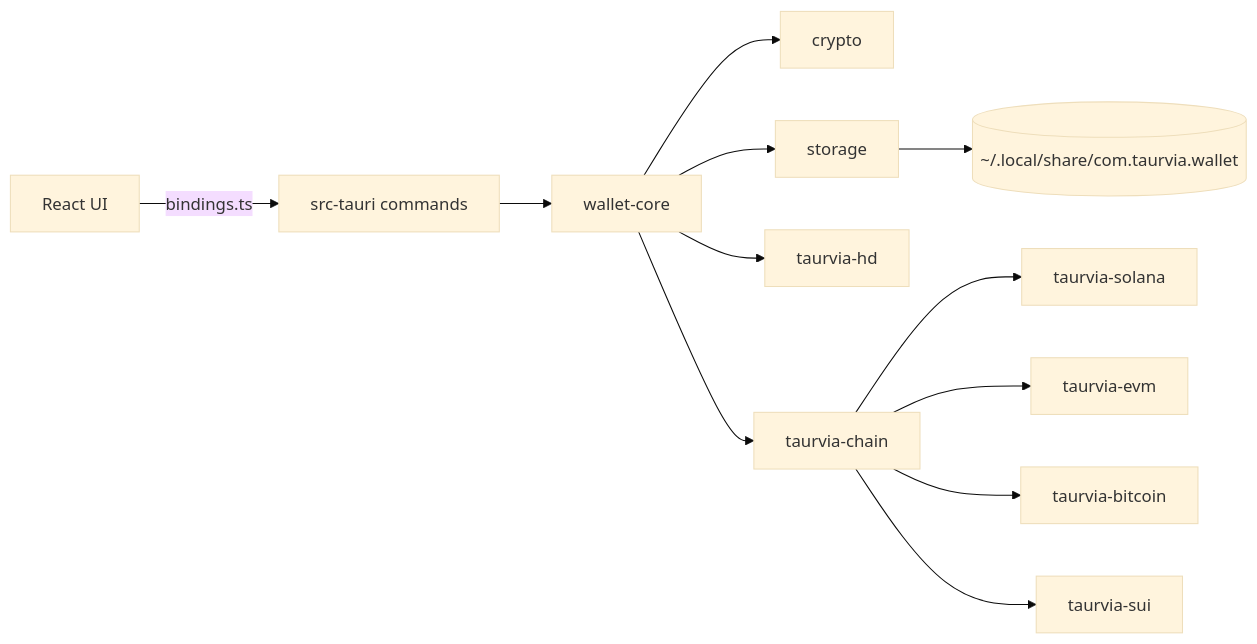
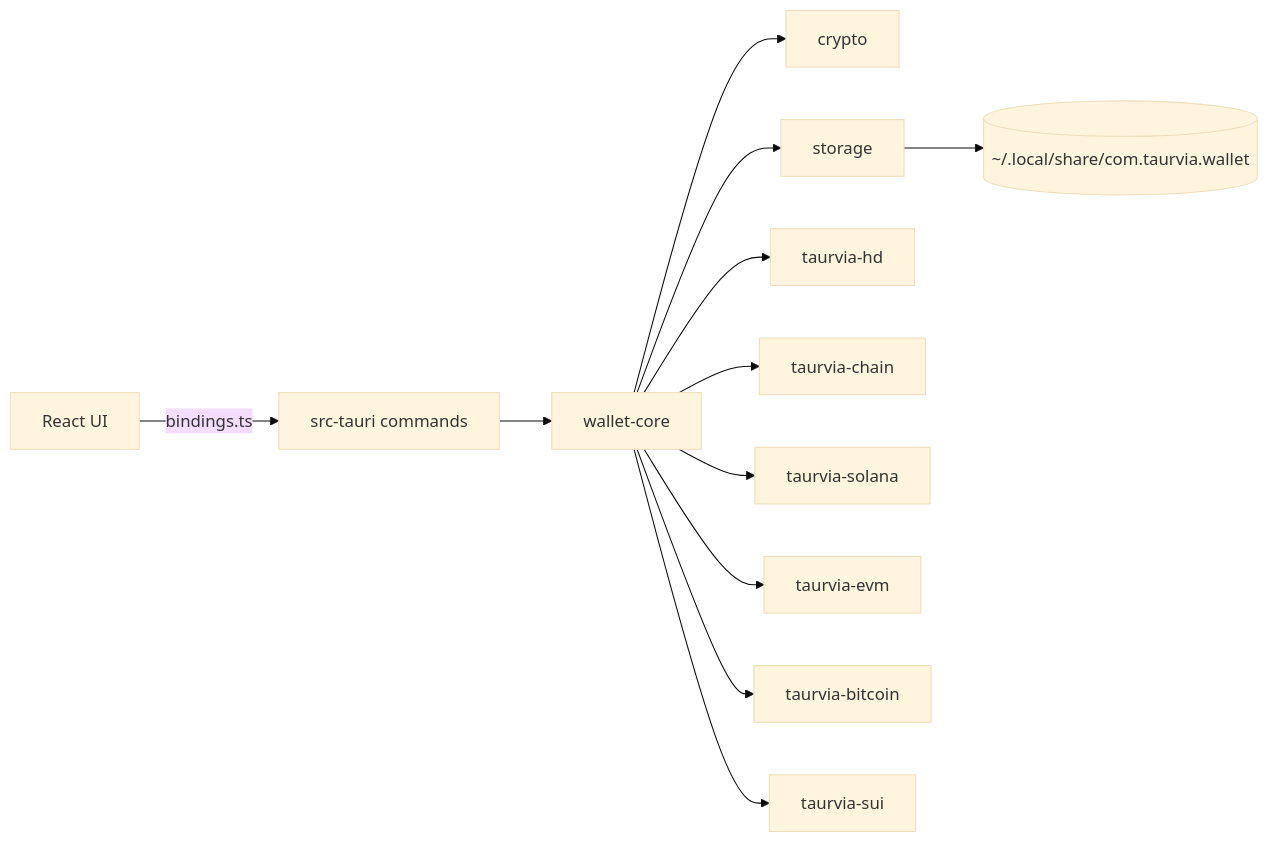
One commit to antonpiat/taurvia changed the second of 2 diagrams in README.md. Above: the diagram before and after it, drawn with Mermaid (base theme). The commit also changed other lines of this file and 2 other files, not shown here.

Commit message:
Readme updated for sui (#51)

````diff
--- a/README.md
+++ b/README.md
@@ -147,14 +151,14 @@
 ```mermaid
 flowchart LR
   UI["React UI"] -->|bindings.ts| Shell["src-tauri commands"]
   Shell --> WC["wallet-core"]
   WC --> CRYPTO["crypto"]
   WC --> STORE["storage"]
   WC --> HD["taurvia-hd"]
   WC --> REG["taurvia-chain"]
-  REG --> SOL["taurvia-solana"]
-  REG --> EVM["taurvia-evm"]
-  REG --> BTC["taurvia-bitcoin"]
-  REG --> SUI["taurvia-sui"]
+  WC --> SOL["taurvia-solana"]
+  WC --> EVM["taurvia-evm"]
+  WC --> BTC["taurvia-bitcoin"]
+  WC --> SUI["taurvia-sui"]
   STORE --> DISK[("~/.local/share/com.taurvia.wallet")]
 ```
````
